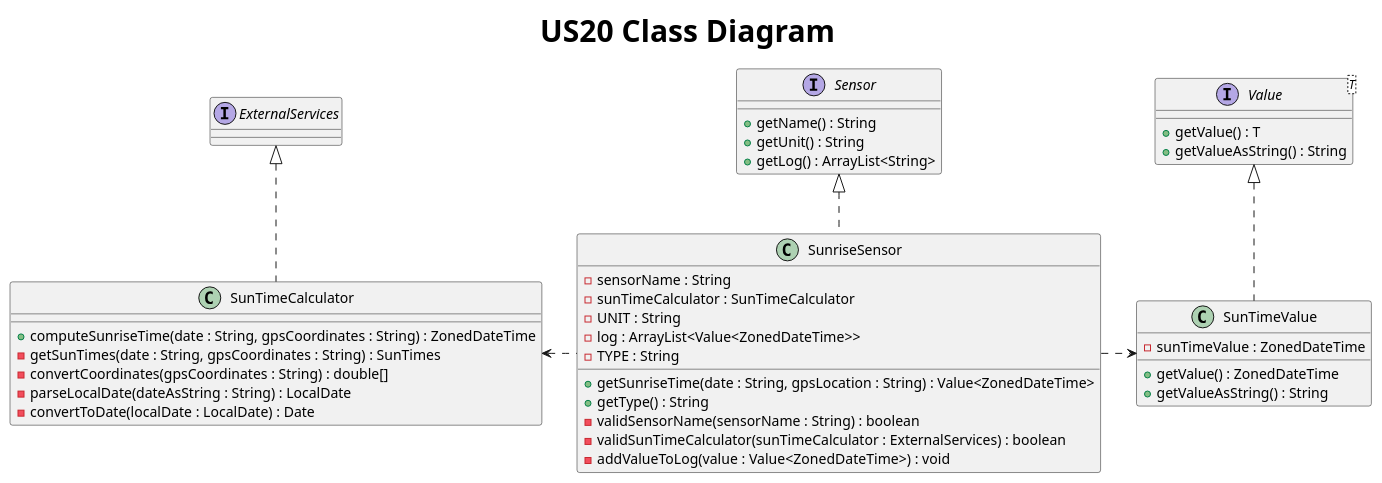
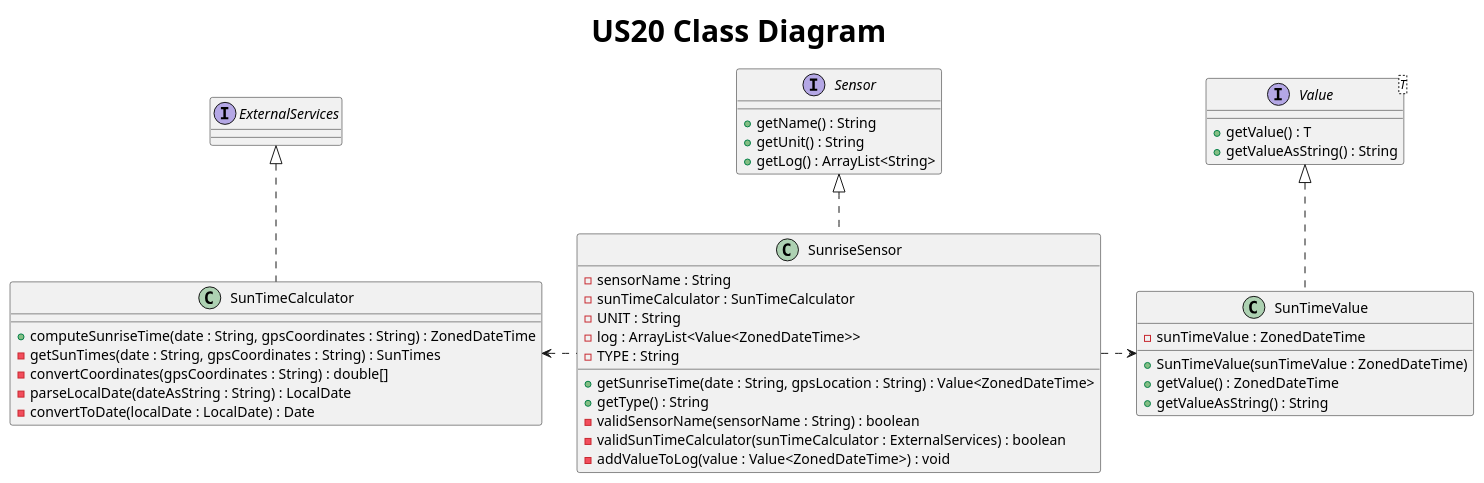
Before and after one commit to AfonsoNeves77/smartHouse: the diagram in Docs/US20/S3U20ClassDiagram.puml, drawn with PlantUML. The commit also changed 11 other files, not shown here.

Commit message:
Team review : Updated ClassDiagrams for sensors classes.

```diff
--- a/Docs/US20/S3U20ClassDiagram.puml
+++ b/Docs/US20/S3U20ClassDiagram.puml
@@ -1,54 +1,55 @@
 @startuml
 title <size: 30> US20 Class Diagram
 
 
 interface Sensor {
     + getName() : String
     + getUnit() : String
     + getLog() : ArrayList<String>
 }
 
 interface Value<T> {
     + getValue() : T
     + getValueAsString() : String
 }
 
 interface ExternalServices {
 
 }
 
 class SunriseSensor{
     - sensorName : String
     - sunTimeCalculator : SunTimeCalculator
     - UNIT : String
     - log : ArrayList<Value<ZonedDateTime>>
     - TYPE : String
 
     + getSunriseTime(date : String, gpsLocation : String) : Value<ZonedDateTime>
     + getType() : String
     - validSensorName(sensorName : String) : boolean
     - validSunTimeCalculator(sunTimeCalculator : ExternalServices) : boolean
     - addValueToLog(value : Value<ZonedDateTime>) : void
 }
 
 class SunTimeValue {
+    + SunTimeValue(sunTimeValue : ZonedDateTime)
     - sunTimeValue : ZonedDateTime
     + getValue() : ZonedDateTime
     + getValueAsString() : String
 }
 
 class SunTimeCalculator {
     + computeSunriseTime(date : String, gpsCoordinates : String) : ZonedDateTime
     - getSunTimes(date : String, gpsCoordinates : String) : SunTimes
     - convertCoordinates(gpsCoordinates : String) : double[]
     - parseLocalDate(dateAsString : String) : LocalDate
     - convertToDate(localDate : LocalDate) : Date
 }
 
 Value <|.. SunTimeValue
 Sensor <|.. SunriseSensor
 ExternalServices <|.. SunTimeCalculator
 SunriseSensor .left.> SunTimeCalculator
 SunriseSensor .right.> SunTimeValue
 
 @enduml
```
